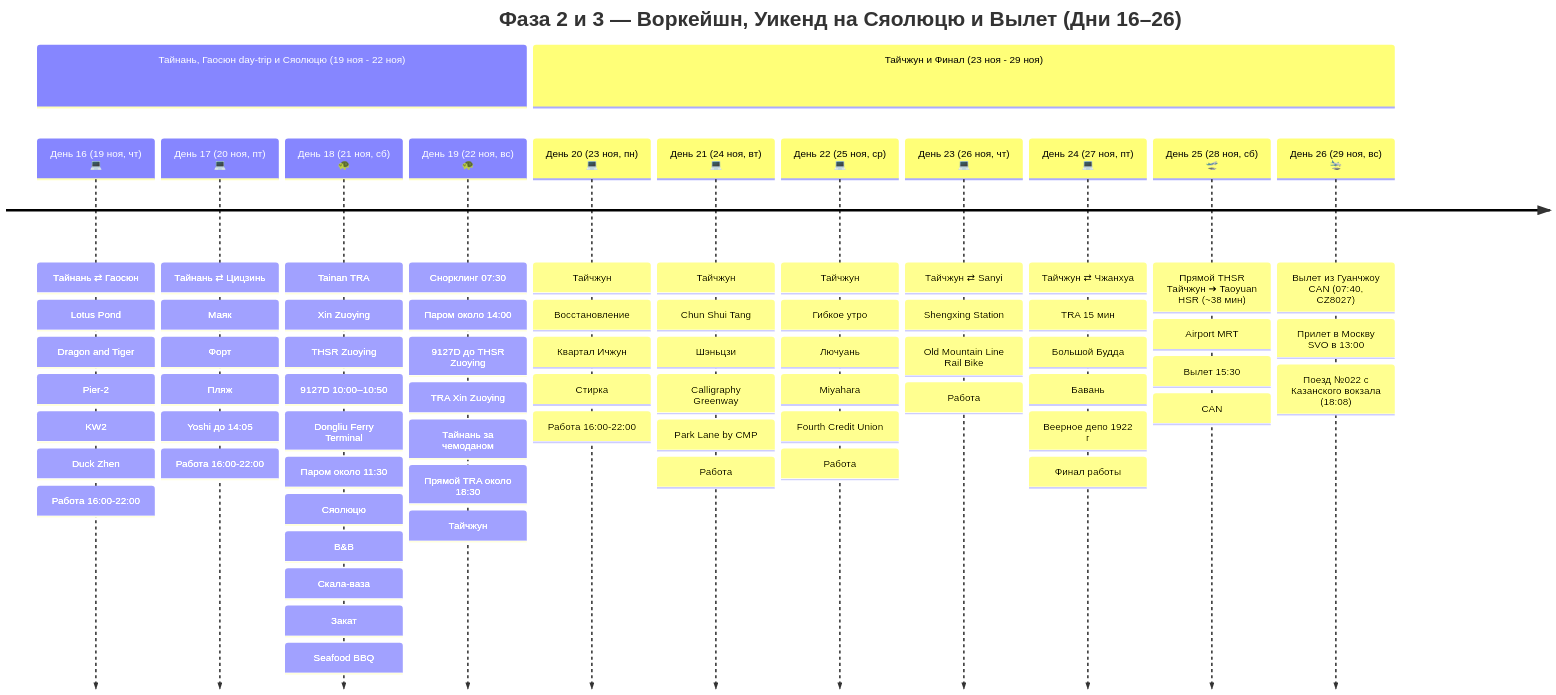
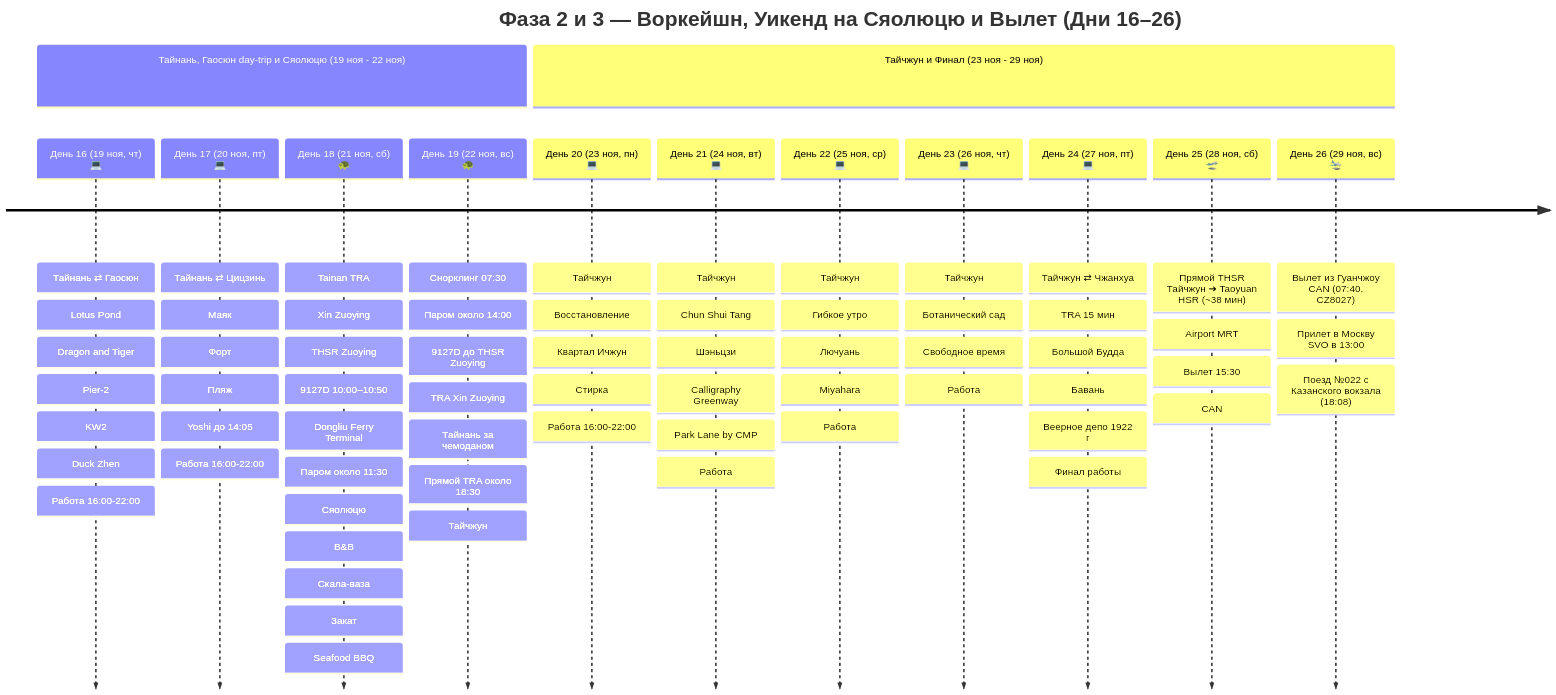
One commit to injurka/obsidian-mark changed the second of 2 diagrams in Personal Note/Travel/-- Taiwan/Taiwan.md. Above: the diagram before and after it, drawn with Mermaid. The commit also changed other lines of this file and 47 other files, not shown here.

````diff
--- a/Personal Note/Travel/-- Taiwan/Taiwan.md
+++ b/Personal Note/Travel/-- Taiwan/Taiwan.md
@@ -89,17 +89,17 @@
 ```mermaid
 timeline
     title Фаза 2 и 3 — Воркейшн, Уикенд на Сяолюцю и Вылет (Дни 16–26)
     section Тайнань, Гаосюн day-trip и Сяолюцю (19 ноя - 22 ноя)
         День 16 (19 ноя, чт) 💻 : Тайнань ⇄ Гаосюн : Lotus Pond : Dragon and Tiger : Pier-2 : KW2 : Duck Zhen : Работа 16:00-22:00
         День 17 (20 ноя, пт) 💻 : Тайнань ⇄ Цицзинь : Маяк : Форт : Пляж : Yoshi до 14:05 : Работа 16:00-22:00
         День 18 (21 ноя, сб) 🐢 : Tainan TRA : Xin Zuoying : THSR Zuoying : 9127D 10:00–10:50 : Dongliu Ferry Terminal : Паром около 11:30 : Сяолюцю : B&B : Скала-ваза : Закат : Seafood BBQ
         День 19 (22 ноя, вс) 🐢 : Снорклинг 07:30 : Паром около 14:00 : 9127D до THSR Zuoying : TRA Xin Zuoying : Тайнань за чемоданом : Прямой TRA около 18:30 : Тайчжун
     section Тайчжун и Финал (23 ноя - 29 ноя)
         День 20 (23 ноя, пн) 💻 : Тайчжун : Восстановление : Квартал Ичжун : Стирка : Работа 16:00-22:00
         День 21 (24 ноя, вт) 💻 : Тайчжун : Chun Shui Tang : Шэньцзи : Calligraphy Greenway : Park Lane by CMP : Работа
-        День 22 (25 ноя, ср) 💻 : Тайчжун : Гибкое утро : Лючуань : Miyahara : Fourth Credit Union : Работа
-        День 23 (26 ноя, чт) 💻 : Тайчжун ⇄ Sanyi : Shengxing Station : Old Mountain Line Rail Bike : Работа
+        День 22 (25 ноя, ср) 💻 : Тайчжун : Гибкое утро : Лючуань : Miyahara : Работа
+        День 23 (26 ноя, чт) 💻 : Тайчжун : Ботанический сад : Свободное время : Работа
         День 24 (27 ноя, пт) 💻 : Тайчжун ⇄ Чжанхуа : TRA 15 мин : Большой Будда : Бавань : Веерное депо 1922 г : Финал работы
         День 25 (28 ноя, сб) 🛫 : Прямой THSR Тайчжун ➔ Taoyuan HSR (~38 мин) : Airport MRT : Вылет 15:30 : CAN
         День 26 (29 ноя, вс) 🛬 : Вылет из Гуанчжоу CAN (07:40, CZ8027) : Прилет в Москву SVO в 13:00 : Поезд №022 с Казанского вокзала (18:08)
 ```
````
